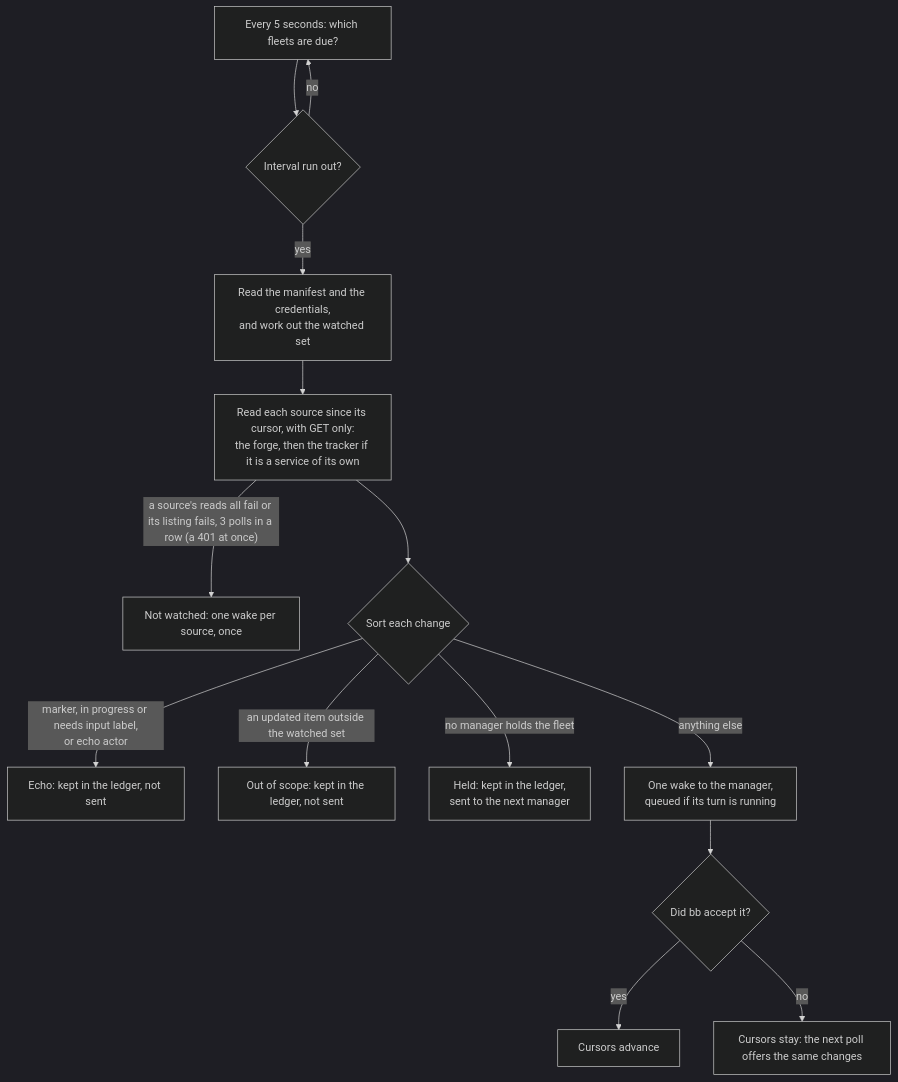
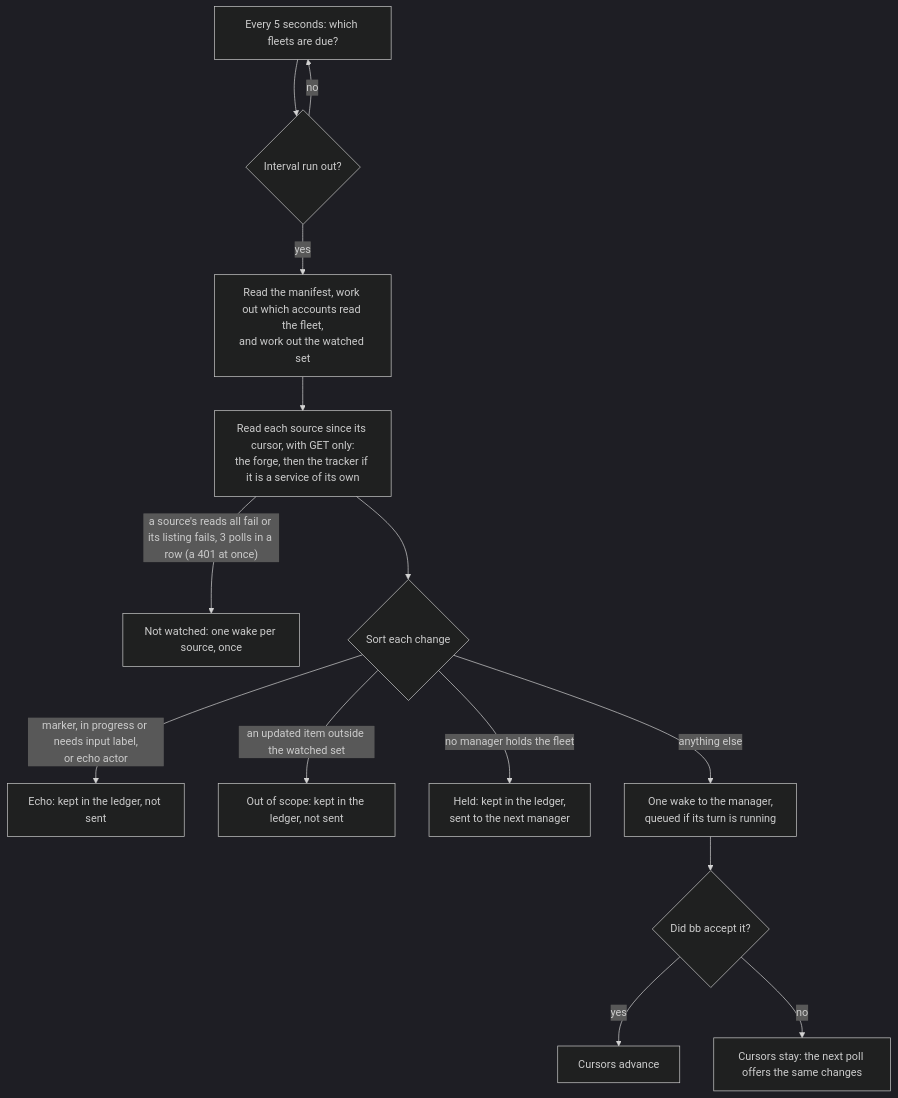
The diagram in docs/explanation/unattendish-polling.md (gperezmz/bb-plugins), drawn with Mermaid (dark theme) before and after one commit. The commit also changed other lines of this file and 12 other files, not shown here.

````diff
--- a/docs/explanation/unattendish-polling.md
+++ b/docs/explanation/unattendish-polling.md
@@ -5,16 +5,16 @@
 ```mermaid
 flowchart TB
   tick["Every 5 seconds: which fleets are due?"] --> due{"Interval run out?"}
   due -->|no| tick
-  due -->|yes| watch["Read the manifest and the credentials,<br/>and work out the watched set"]
+  due -->|yes| watch["Read the manifest, work out which accounts read the fleet,<br/>and work out the watched set"]
   watch --> read["Read each source since its cursor, with GET only:<br/>the forge, then the tracker if it is a service of its own"]
   read -->|"a source's reads all fail or its listing fails, 3 polls in a row (a 401 at once)"| refused["Not watched: one wake per source, once"]
   read --> sort{"Sort each change"}
   sort -->|"marker, in progress or needs input label,<br/>or echo actor"| echo["Echo: kept in the ledger, not sent"]
   sort -->|"an updated item outside the watched set"| scope["Out of scope: kept in the ledger, not sent"]
   sort -->|"no manager holds the fleet"| held["Held: kept in the ledger,<br/>sent to the next manager"]
   sort -->|"anything else"| wake["One wake to the manager,<br/>queued if its turn is running"]
   wake --> accepted{"Did bb accept it?"}
   accepted -->|yes| advance["Cursors advance"]
   accepted -->|no| again["Cursors stay: the next poll offers the same changes"]
 ```
````
